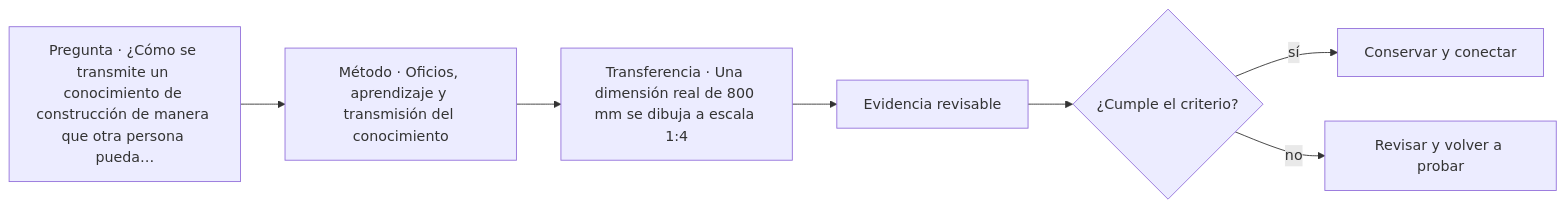
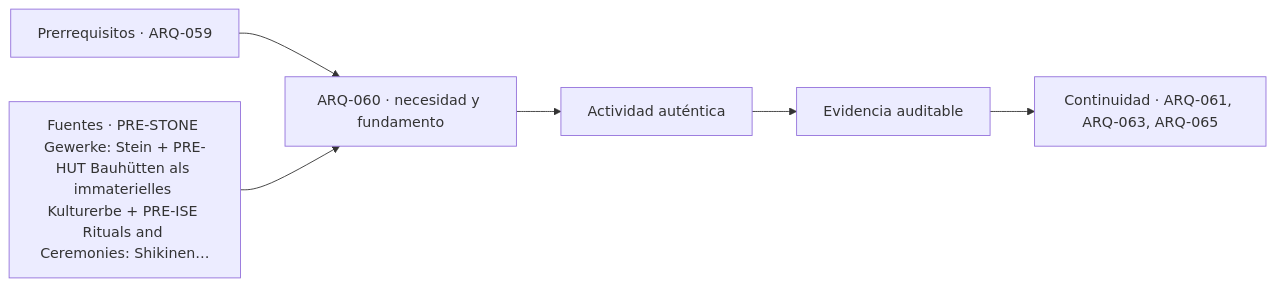
One commit to vladimiracunadev-create/architecture-built-environment-learning-program changed the diagram in classes/parte-06/ARQ-060.md. Above: the diagram before and after it, drawn with Mermaid. The commit also changed other lines of this file and 761 other files, not shown here.

````diff
--- a/classes/parte-06/ARQ-060.md
+++ b/classes/parte-06/ARQ-060.md
@@ -120,9 +132,8 @@
 ```mermaid
 flowchart LR
-    Q["Pregunta · ¿Cómo se transmite un conocimiento de construcción de manera que otra persona pueda…"] --> M["Método · Oficios, aprendizaje y transmisión del conocimiento"]
-    M --> P["Transferencia · Una dimensión real de 800 mm se dibuja a escala 1:4"]
-    P --> E["Evidencia revisable"]
-    E --> C{"¿Cumple el criterio?"}
-    C -->|sí| T["Conservar y conectar"]
-    C -->|no| R["Revisar y volver a probar"]
+    A["Prerrequisitos · ARQ-059"] --> B["ARQ-060 · necesidad y fundamento"]
+    S["Fuentes · PRE-STONE Gewerke: Stein + PRE-HUT Bauhütten als immaterielles Kulturerbe + PRE-ISE Rituals and Ceremonies: Shikinen…"] --> B
+    B --> C["Actividad auténtica"]
+    C --> D["Evidencia auditable"]
+    D --> E["Continuidad · ARQ-061, ARQ-063, ARQ-065"]
 ```
````
